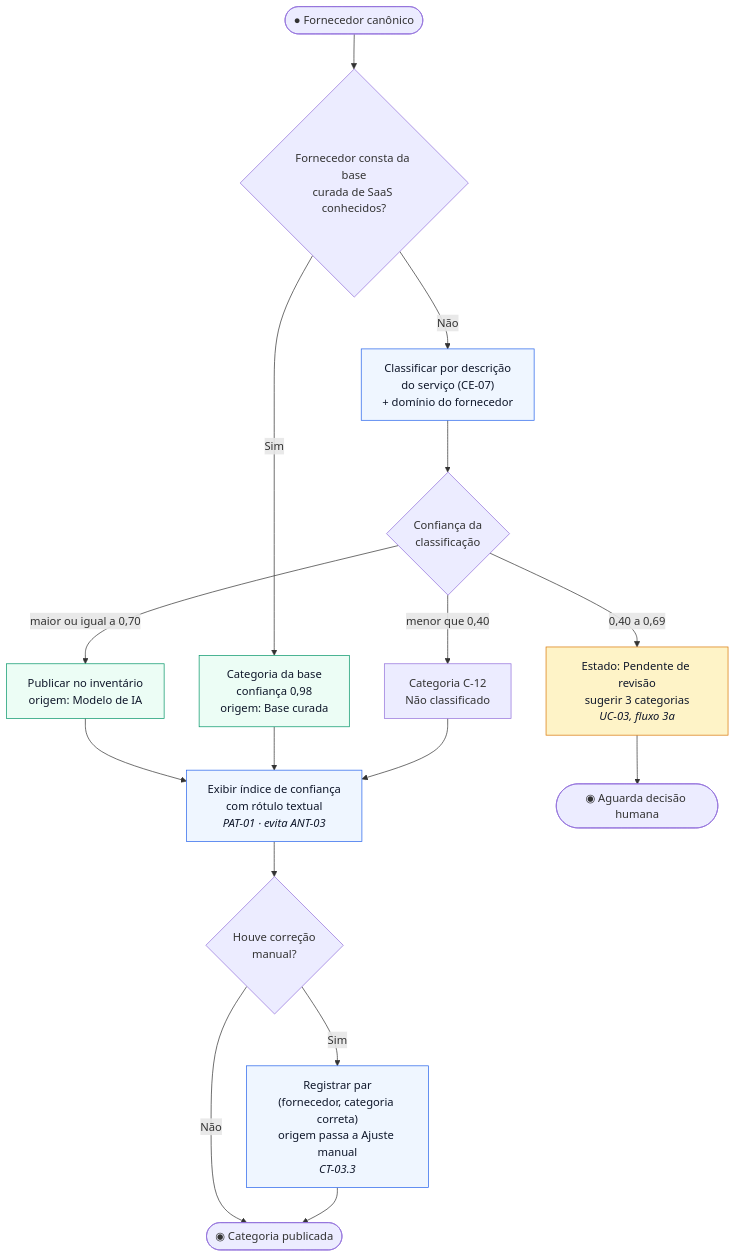
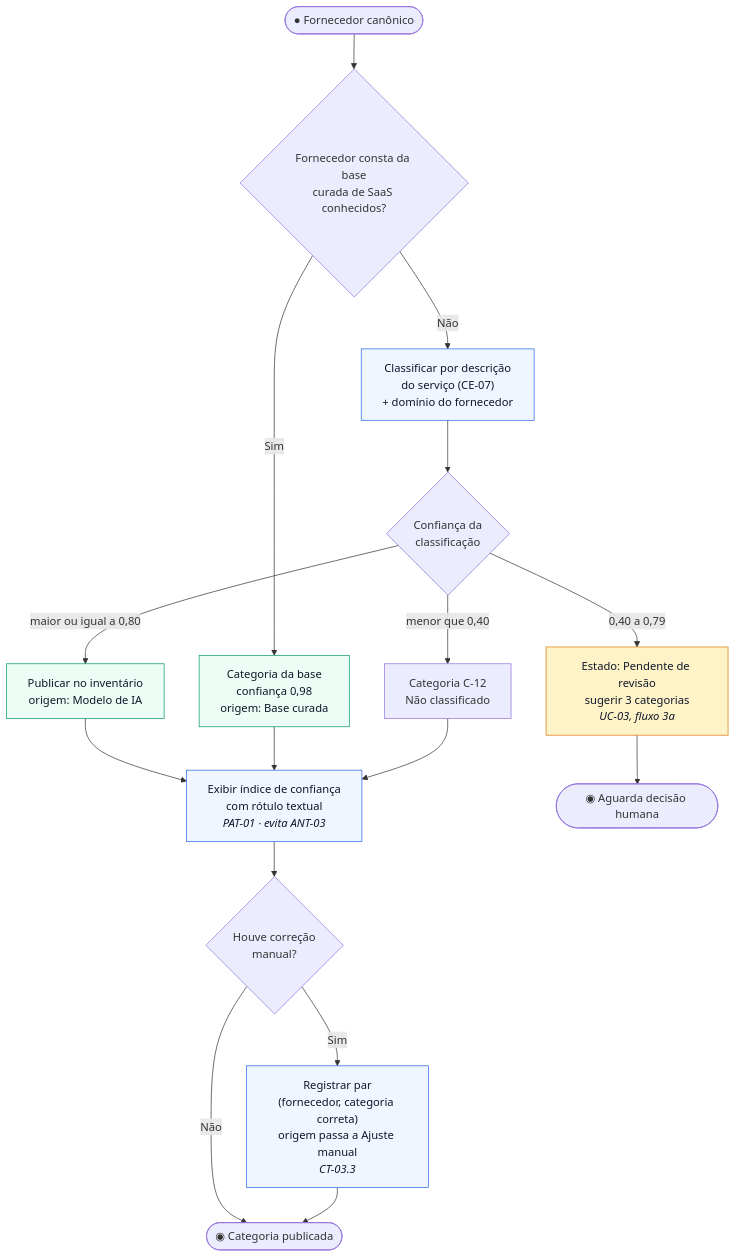
One commit to ES-2026-2/PS changed the third of 5 diagrams in semana-04/entregavel-01-fluxogramas-motor-ia-algoritmo-consolidacao.md. Above: the diagram before and after it, drawn with Mermaid. The commit also changed other lines of this file and 1 other file, not shown here.

````diff
--- a/semana-04/entregavel-01-fluxogramas-motor-ia-algoritmo-consolidacao.md
+++ b/semana-04/entregavel-01-fluxogramas-motor-ia-algoritmo-consolidacao.md
@@ -138,27 +138,27 @@
 ```mermaid
 flowchart TD
     A(["● Fornecedor canônico"]) --> B{"Fornecedor consta da base<br/>curada de SaaS conhecidos?"}
     B -->|"Sim"| C["Categoria da base<br/>confiança 0,98<br/>origem: Base curada"]
     B -->|"Não"| D["Classificar por descrição<br/>do serviço (CE-07)<br/>+ domínio do fornecedor"]
     D --> E{"Confiança da<br/>classificação"}
-    E -->|"maior ou igual a 0,70"| F["Publicar no inventário<br/>origem: Modelo de IA"]
-    E -->|"0,40 a 0,69"| G["Estado: Pendente de revisão<br/>sugerir 3 categorias<br/><i>UC-03, fluxo 3a</i>"]
+    E -->|"maior ou igual a 0,80"| F["Publicar no inventário<br/>origem: Modelo de IA"]
+    E -->|"0,40 a 0,79"| G["Estado: Pendente de revisão<br/>sugerir 3 categorias<br/><i>UC-03, fluxo 3a</i>"]
     E -->|"menor que 0,40"| H["Categoria C-12<br/>Não classificado"]
 
     F --> I["Exibir índice de confiança<br/>com rótulo textual<br/><i>PAT-01 · evita ANT-03</i>"]
     C --> I
     G --> J(["◉ Aguarda decisão humana"])
     H --> I
 
     I --> K{"Houve correção<br/>manual?"}
     K -->|"Sim"| L["Registrar par<br/>(fornecedor, categoria correta)<br/>origem passa a Ajuste manual<br/><i>CT-03.3</i>"]
     K -->|"Não"| M(["◉ Categoria publicada"])
     L --> M
 
     classDef ok fill:#ECFDF5,stroke:#059669,color:#0F172A
     classDef rev fill:#FEF3C7,stroke:#D97706,color:#0F172A
     classDef sis fill:#EFF6FF,stroke:#2563EB,color:#0F172A
     class C,F ok
     class G rev
     class D,I,L sis
 ```
````
